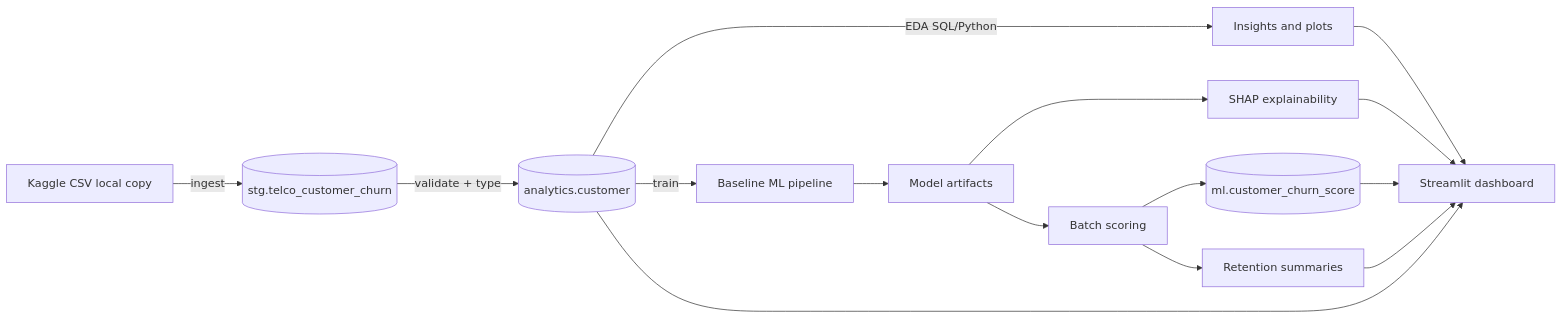
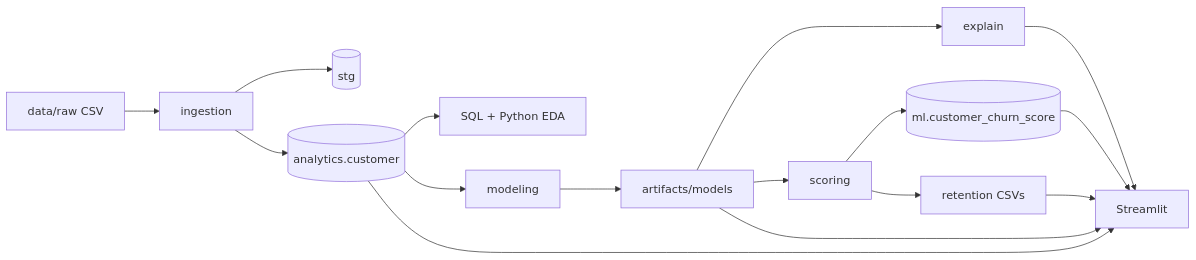
Before and after one commit to vinayjawa/ai-customer-churn-retention-intelligence: the diagram in README.md, drawn with Mermaid. The commit also changed other lines of this file and 20 other files, not shown here.

````diff
--- a/README.md
+++ b/README.md
@@ -26,17 +49,18 @@
 ```mermaid
 flowchart LR
-  CSV[Kaggle CSV local copy] -->|ingest| STG[(stg.telco_customer_churn)]
-  STG -->|validate + type| AN[(analytics.customer)]
-  AN -->|EDA SQL/Python| INS[Insights and plots]
-  AN -->|train| ML[Baseline ML pipeline]
-  ML --> ART[Model artifacts]
-  ART --> SHAP[SHAP explainability]
-  ART --> SCORE[Batch scoring]
-  SCORE --> MLSC[(ml.customer_churn_score)]
-  SCORE --> RET[Retention summaries]
-  AN --> DASH[Streamlit dashboard]
-  MLSC --> DASH
-  INS --> DASH
+  CSV[data/raw CSV] --> ING[ingestion]
+  ING --> STG[(stg)]
+  ING --> AN[(analytics.customer)]
+  AN --> EDA[SQL + Python EDA]
+  AN --> TRAIN[modeling]
+  TRAIN --> ART[artifacts/models]
+  ART --> SHAP[explain]
+  ART --> SCORE[scoring]
+  SCORE --> ML[(ml.customer_churn_score)]
+  SCORE --> RETCSV[retention CSVs]
+  AN --> DASH[Streamlit]
+  ML --> DASH
+  ART --> DASH
   SHAP --> DASH
-  RET --> DASH
+  RETCSV --> DASH
 ```
````
